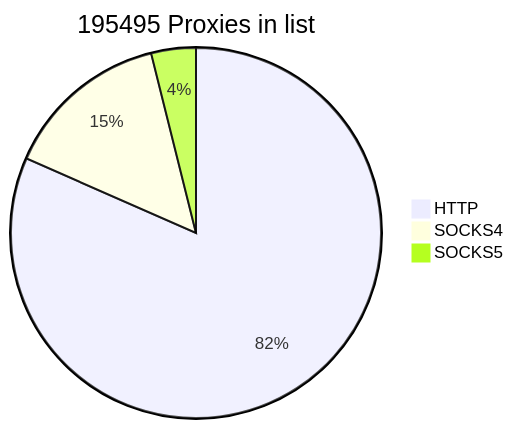
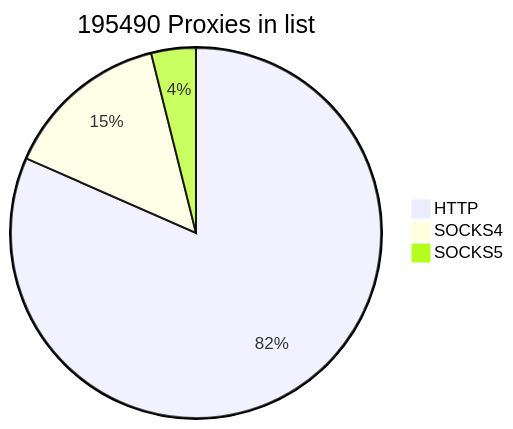
The first of 2 diagrams in README.md (cutipu/proxylist), drawn with Mermaid before and after one commit. The commit also changed other lines of this file, not shown here.

````diff
--- a/README.md
+++ b/README.md
@@ -2,7 +2,7 @@
 ```mermaid
-pie title 195495 Proxies in list
-    "HTTP" : 159513
-    "SOCKS4" : 28365
-    "SOCKS5" : 7617
+pie title 195490 Proxies in list
+    "HTTP" : 159505
+    "SOCKS4" : 28366
+    "SOCKS5" : 7619
             
 ```
````
